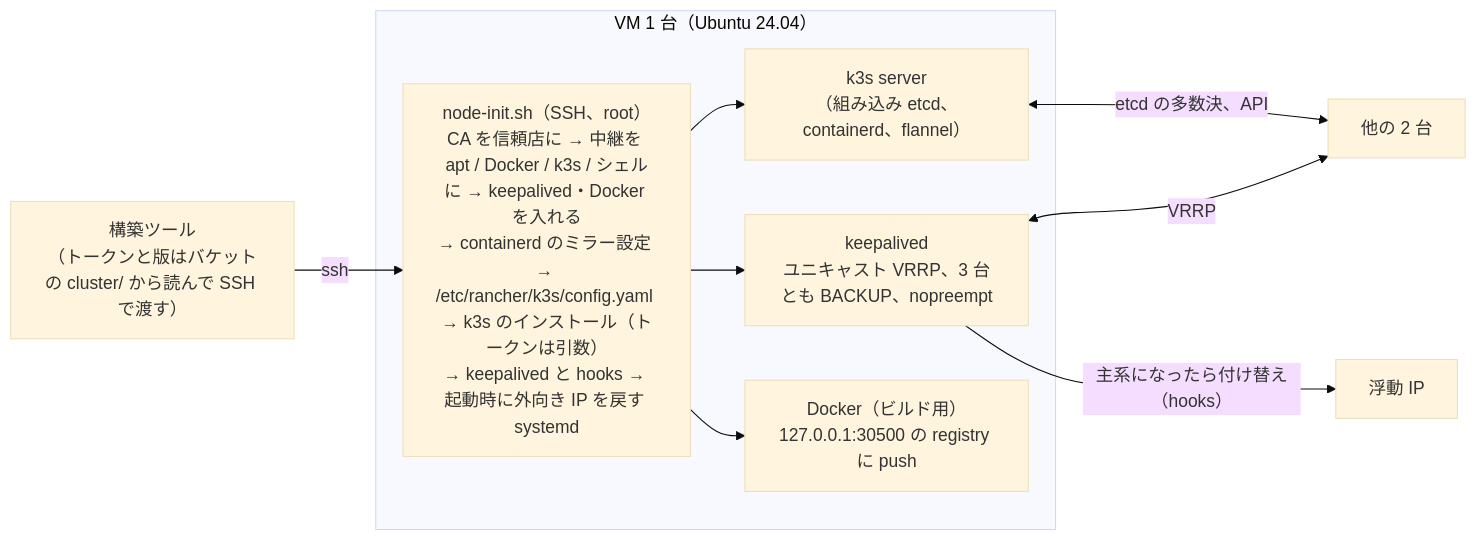
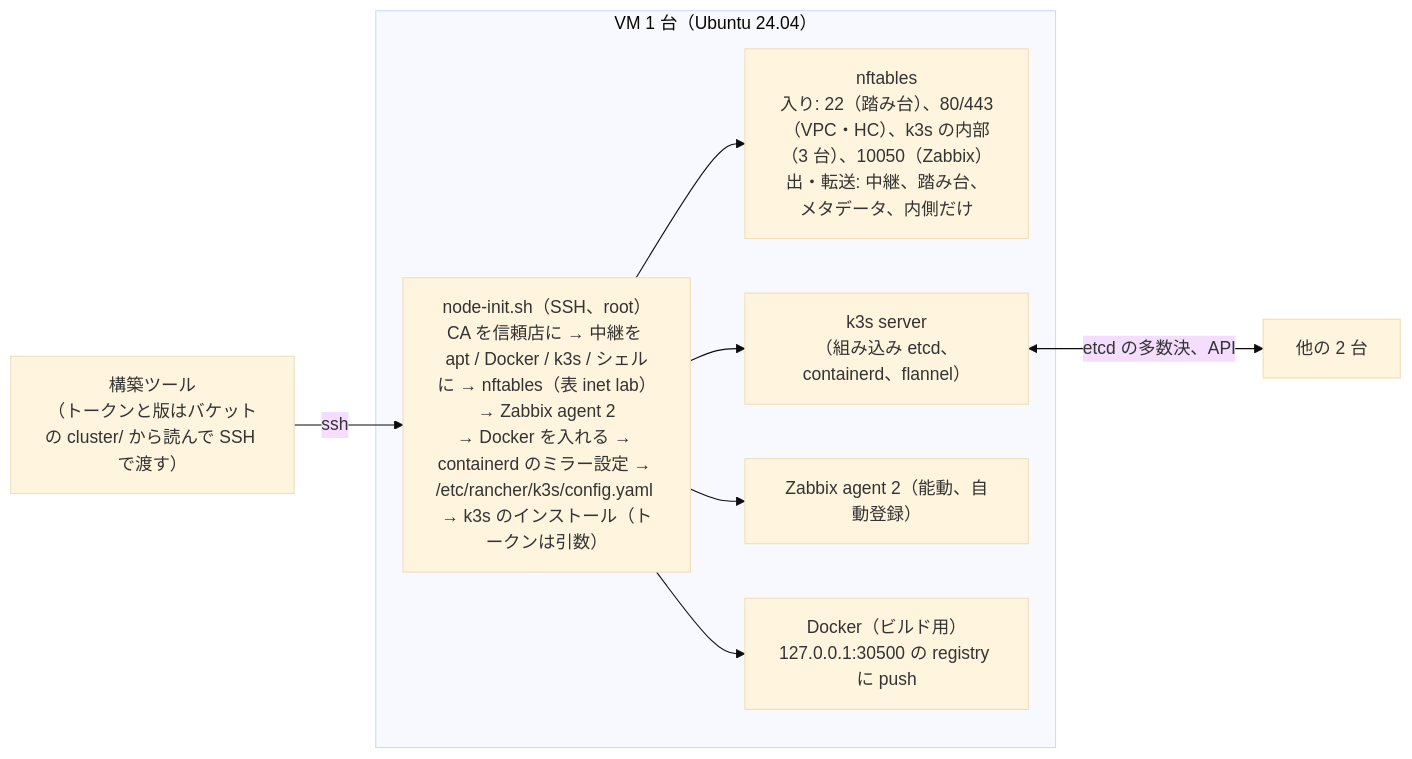
One commit to notfolder/litellm-agent-gateway-lab changed the fourth of 4 diagrams in docs/vm_architecture.md. Above: the diagram before and after it, drawn with Mermaid (base theme). The commit also changed other lines of this file and 11 other files, not shown here.

````diff
--- a/docs/vm_architecture.md
+++ b/docs/vm_architecture.md
@@ -132,16 +137,14 @@
 ```mermaid
 flowchart LR
     subgraph NODE["VM 1 台（Ubuntu 24.04）"]
-        INIT["node-init.sh（SSH、root）<br/>CA を信頼店に → 中継を apt / Docker / k3s / シェルに → keepalived・Docker を入れる<br/>→ containerd のミラー設定 → /etc/rancher/k3s/config.yaml → k3s のインストール（トークンは引数）<br/>→ keepalived と hooks → 起動時に外向き IP を戻す systemd"]
+        INIT["node-init.sh（SSH、root）<br/>CA を信頼店に → 中継を apt / Docker / k3s / シェルに → nftables（表 inet lab）→ Zabbix agent 2<br/>→ Docker を入れる → containerd のミラー設定 → /etc/rancher/k3s/config.yaml → k3s のインストール（トークンは引数）"]
+        NFT["nftables<br/>入り: 22（踏み台）、80/443（VPC・HC）、k3s の内部（3 台）、10050（Zabbix）<br/>出・転送: 中継、踏み台、メタデータ、内側だけ"]
         K3S["k3s server<br/>（組み込み etcd、containerd、flannel）"]
-        KA["keepalived<br/>ユニキャスト VRRP、3 台とも BACKUP、nopreempt"]
+        ZA["Zabbix agent 2（能動、自動登録）"]
         DK["Docker（ビルド用）<br/>127.0.0.1:30500 の registry に push"]
     end
     LAB["構築ツール<br/>（トークンと版はバケットの cluster/ から読んで SSH で渡す）"]
     OTHER["他の 2 台"]
-    EIP["浮動 IP"]
-    LAB -->|ssh| INIT --> K3S & KA & DK
+    LAB -->|ssh| INIT --> NFT & K3S & ZA & DK
     K3S <-->|"etcd の多数決、API"| OTHER
-    KA <-->|"VRRP"| OTHER
-    KA -->|"主系になったら付け替え（hooks）"| EIP
 ```
````
